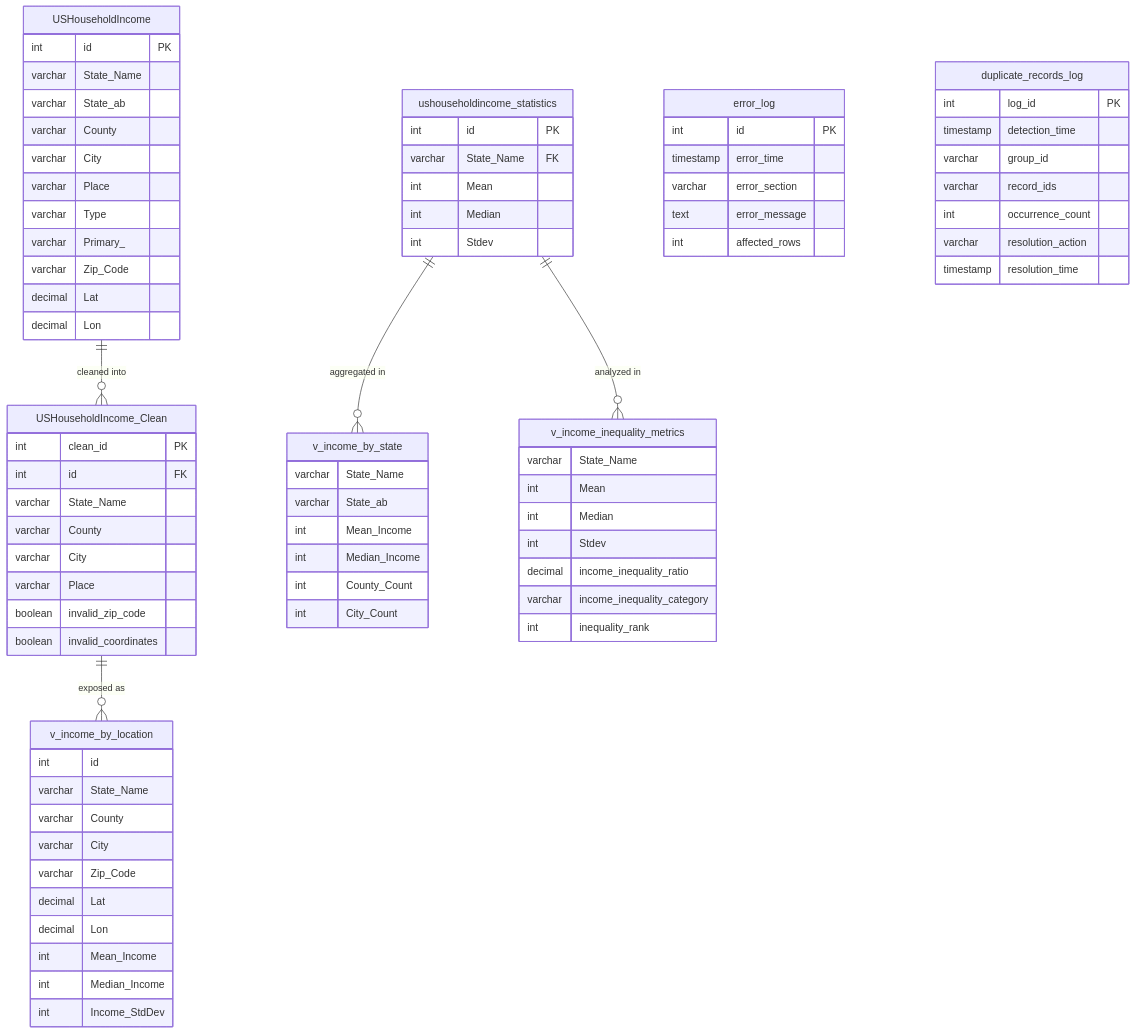
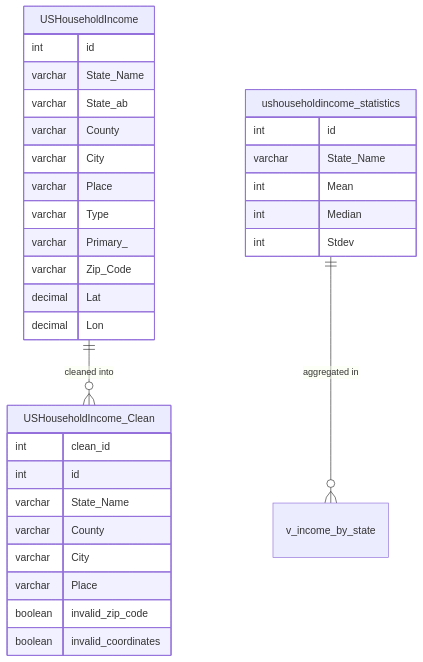
One commit to tzolkowski96/tzolkowski96 changed the fourth of 9 diagrams in us-household-income-analysis/README.md. Above: the diagram before and after it, drawn with Mermaid. The commit also changed other lines of this file, not shown here.

Commit message:
No code changes made; skipping commit.

````diff
--- a/us-household-income-analysis/README.md
+++ b/us-household-income-analysis/README.md
@@ -452,7 +387,7 @@
 ```mermaid
 erDiagram
     USHouseholdIncome {
-        int id PK
+        int id
         varchar State_Name
         varchar State_ab
         varchar County
@@ -466,16 +401,16 @@
     }
     
     ushouseholdincome_statistics {
-        int id PK
-        varchar State_Name FK
+        int id
+        varchar State_Name
         int Mean
         int Median
         int Stdev
     }
     
     USHouseholdIncome_Clean {
-        int clean_id PK
-        int id FK
+        int clean_id
+        int id
         varchar State_Name
         varchar County
         varchar City
@@ -484,58 +419,6 @@
         boolean invalid_coordinates
     }
     
-    v_income_by_location {
-        int id
-        varchar State_Name
-        varchar County
-        varchar City
-        varchar Zip_Code
-        decimal Lat
-        decimal Lon
-        int Mean_Income
-        int Median_Income
-        int Income_StdDev
-    }
-    
-    v_income_by_state {
-        varchar State_Name
-        varchar State_ab
-        int Mean_Income
-        int Median_Income
-        int County_Count
-        int City_Count
-    }
-    
-    v_income_inequality_metrics {
-        varchar State_Name
-        int Mean
-        int Median
-        int Stdev
-        decimal income_inequality_ratio
-        varchar income_inequality_category
-        int inequality_rank
-    }
-    
-    error_log {
-        int id PK
-        timestamp error_time
-        varchar error_section
-        text error_message
-        int affected_rows
-    }
-    
-    duplicate_records_log {
-        int log_id PK
-        timestamp detection_time
-        varchar group_id
-        varchar record_ids
-        int occurrence_count
-        varchar resolution_action
-        timestamp resolution_time
-    }
-
     USHouseholdIncome ||--o{ USHouseholdIncome_Clean : "cleaned into"
-    USHouseholdIncome_Clean ||--o{ v_income_by_location : "exposed as"
-    ushouseholdincome_statistics ||--o{ v_income_by_state : "aggregated in" 
-    ushouseholdincome_statistics ||--o{ v_income_inequality_metrics : "analyzed in"
+    ushouseholdincome_statistics ||--o{ v_income_by_state : "aggregated in"
 ```
````
